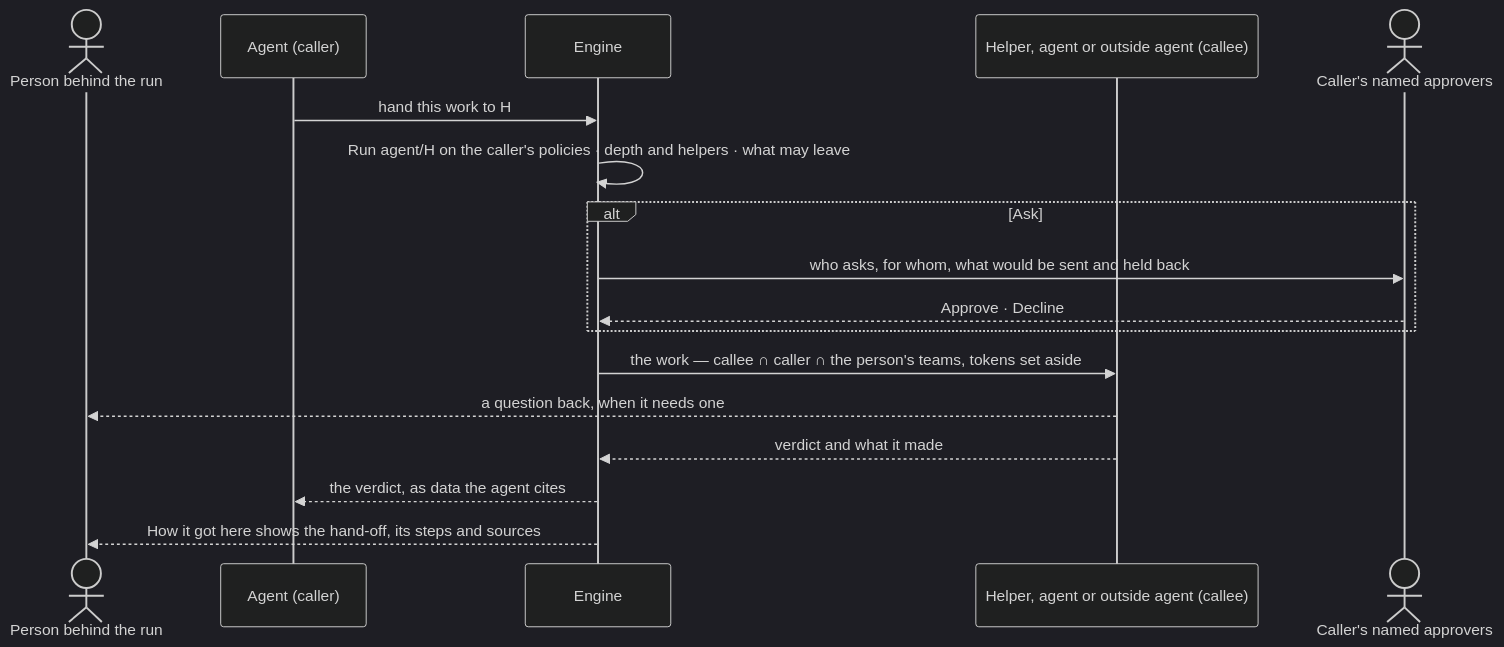
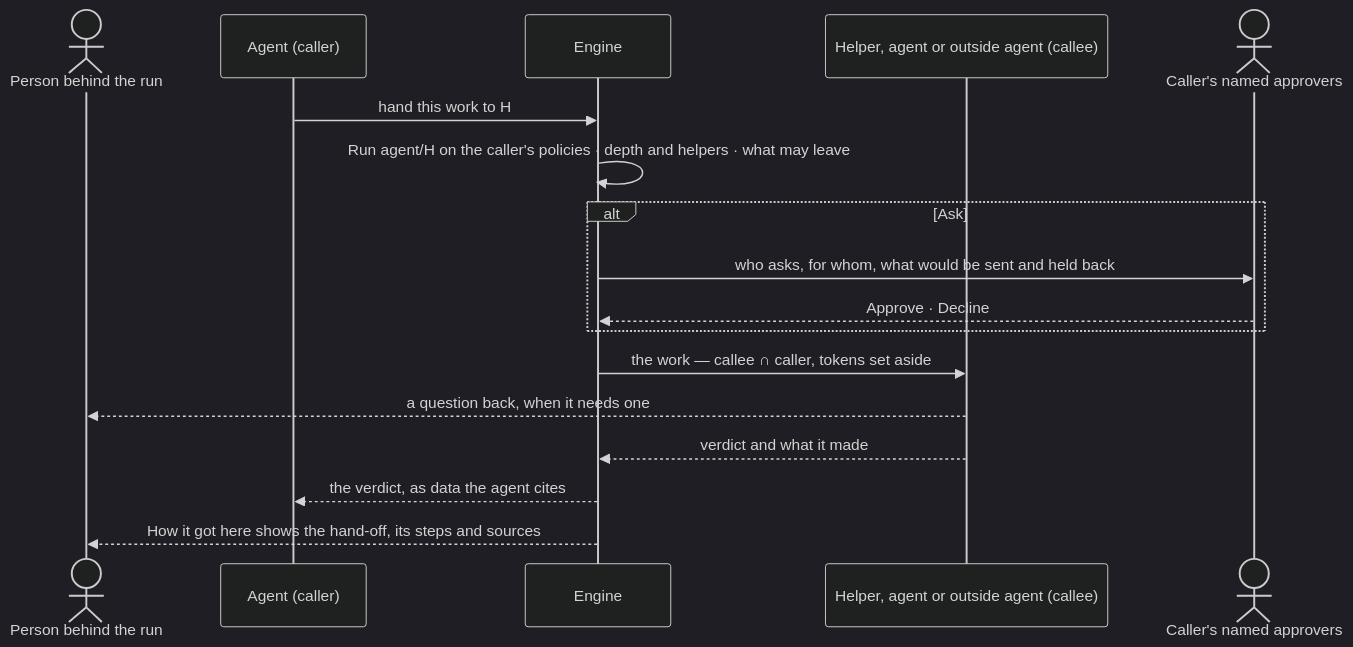
Before and after one commit to invana/invana: the second of 3 diagrams in specs/capabilities/agents/features/AG-F05-delegation-and-outside-agents/feature.md, drawn with Mermaid (dark theme). The commit also changed other lines of this file and 300 other files, not shown here.

````diff
--- a/specs/capabilities/agents/features/AG-F05-delegation-and-outside-agents/feature.md
+++ b/specs/capabilities/agents/features/AG-F05-delegation-and-outside-agents/feature.md
@@ -58,19 +69,19 @@
 ```mermaid
 sequenceDiagram
   actor P as Person behind the run
   participant A as Agent (caller)
   participant E as Engine
   participant H as Helper, agent or outside agent (callee)
   actor N as Caller's named approvers
   A->>E: hand this work to H
   E->>E: Run agent/H on the caller's policies · depth and helpers · what may leave
   alt Ask
     E->>N: who asks, for whom, what would be sent and held back
     N-->>E: Approve · Decline
   end
-  E->>H: the work — callee ∩ caller ∩ the person's teams, tokens set aside
+  E->>H: the work — callee ∩ caller, tokens set aside
   H-->>P: a question back, when it needs one
   H-->>E: verdict and what it made
   E-->>A: the verdict, as data the agent cites
   E-->>P: How it got here shows the hand-off, its steps and sources
 ```
````
